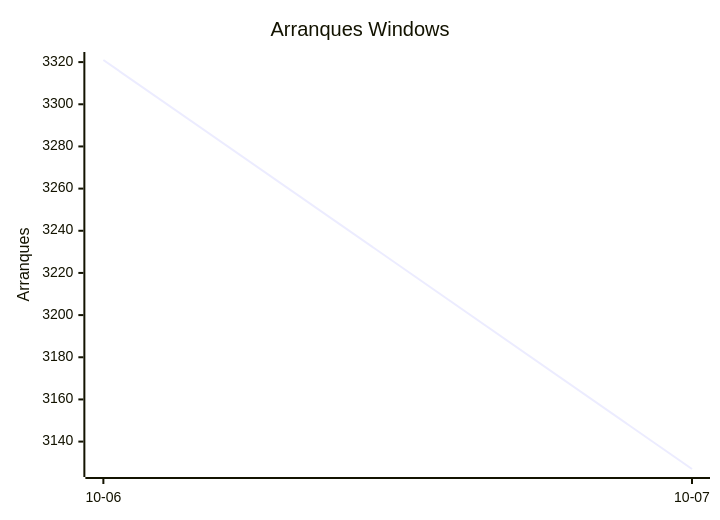
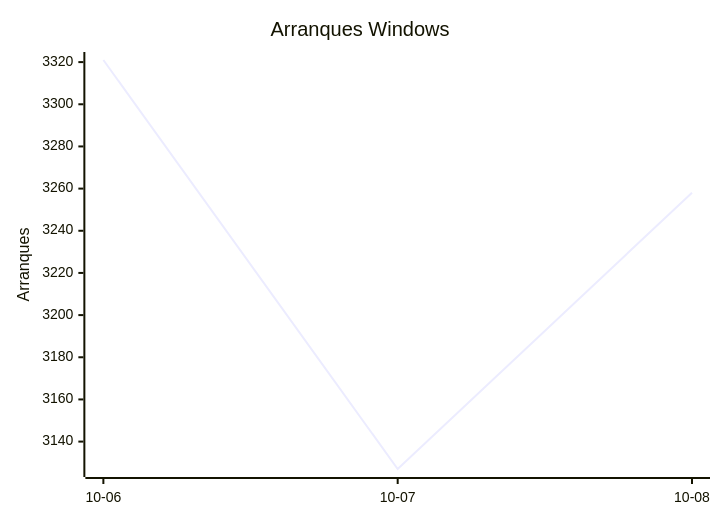
One commit to EmuDeck/stats changed the third of 8 diagrams in README.md. Above: the diagram before and after it, drawn with Mermaid. The commit also changed other lines of this file and 2 other files, not shown here.

````diff
--- a/README.md
+++ b/README.md
@@ -34,7 +34,7 @@
 ```mermaid
 xychart-beta
     title "Arranques Windows"
-    x-axis ["10-06", "10-07"]
+    x-axis ["10-06", "10-07", "10-08"]
     y-axis "Arranques"
-    line [3321, 3127]
+    line [3321, 3127, 3258]
 ```
````
